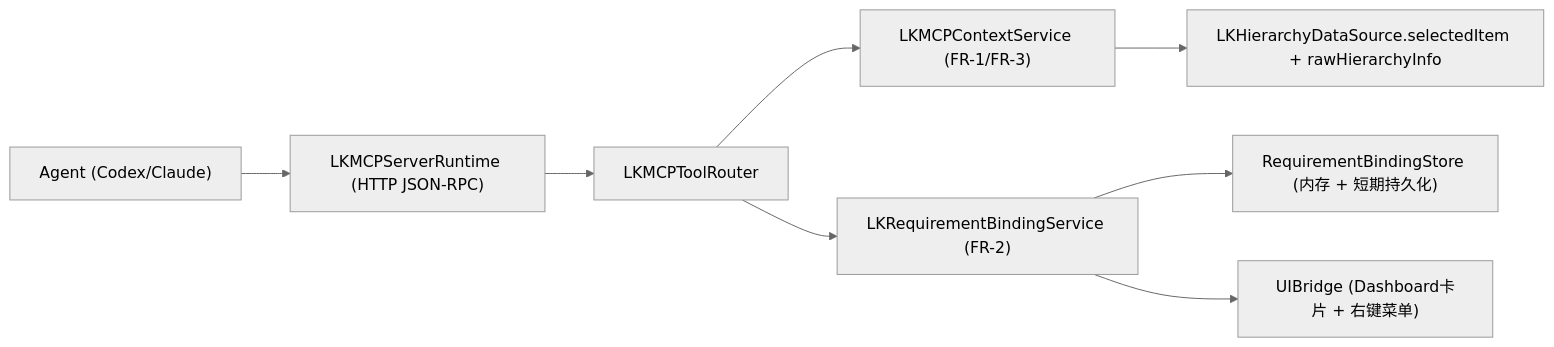
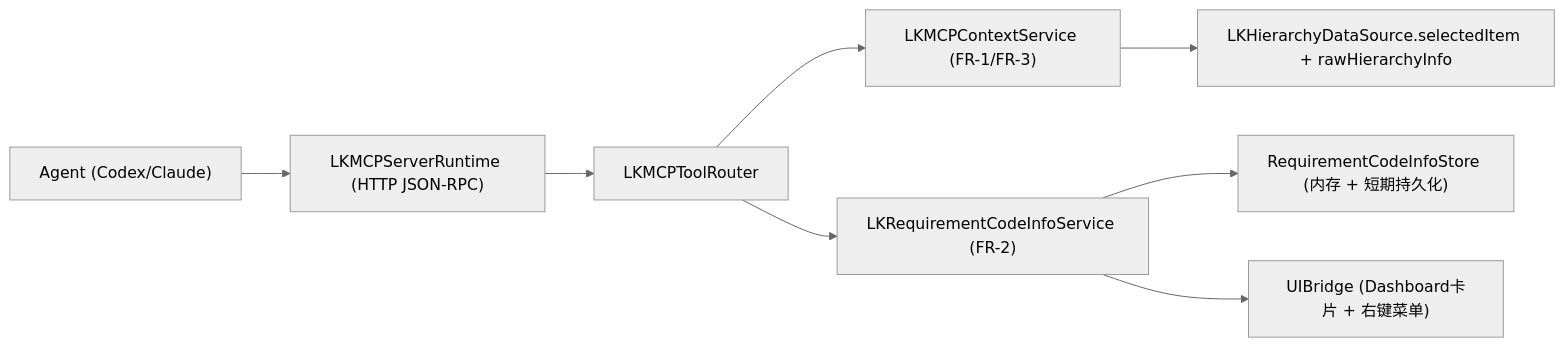
The diagram in lookin-mcp/TECHNICAL_DESIGN.md (pangcheng33-1849/Lookin), drawn with Mermaid (neutral theme) before and after one commit. The commit also changed other lines of this file and 19 other files, not shown here.

Commit message:
feat: migrate requirement bindings to code info model

````diff
--- a/lookin-mcp/TECHNICAL_DESIGN.md
+++ b/lookin-mcp/TECHNICAL_DESIGN.md
@@ -42,10 +42,10 @@
 ```mermaid
 flowchart LR
     A["Agent (Codex/Claude)"] --> B["LKMCPServerRuntime (HTTP JSON-RPC)"]
     B --> C["LKMCPToolRouter"]
     C --> D["LKMCPContextService (FR-1/FR-3)"]
-    C --> E["LKRequirementBindingService (FR-2)"]
+    C --> E["LKRequirementCodeInfoService (FR-2)"]
     D --> F["LKHierarchyDataSource.selectedItem + rawHierarchyInfo"]
-    E --> G["RequirementBindingStore (内存 + 短期持久化)"]
+    E --> G["RequirementCodeInfoStore (内存 + 短期持久化)"]
     E --> H["UIBridge (Dashboard卡片 + 右键菜单)"]
 ```
````
